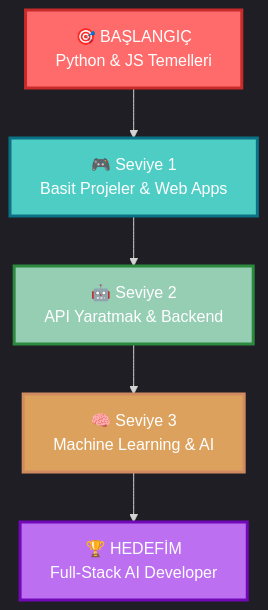
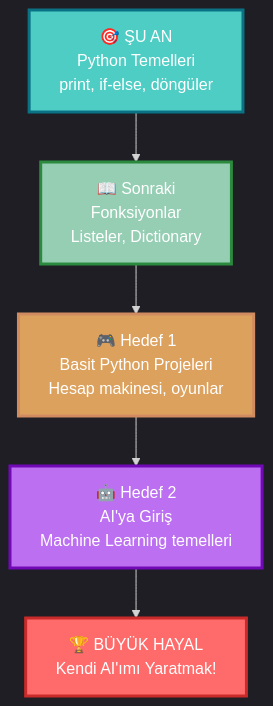
The diagram in README.md (Lukosadev1/Lukosadev1), drawn with Mermaid before and after one commit. The commit also changed other lines of this file, not shown here.

````diff
--- a/README.md
+++ b/README.md
@@ -129,14 +110,14 @@
 ```mermaid
 %%{init: {'theme':'dark'}}%%
 graph TB
-    A[🎯 BAŞLANGIÇ<br/>Python & JS Temelleri] --> B[🎮 Seviye 1<br/>Basit Projeler & Web Apps]
-    B --> C[🤖 Seviye 2<br/>API Yaratmak & Backend]
-    C --> D[🧠 Seviye 3<br/>Machine Learning & AI]
-    D --> E[🏆 HEDEFİM<br/>Full-Stack AI Developer]
+    A[🎯 ŞU AN<br/>Python Temelleri<br/>print, if-else, döngüler] --> B[📖 Sonraki<br/>Fonksiyonlar<br/>Listeler, Dictionary]
+    B --> C[🎮 Hedef 1<br/>Basit Python Projeleri<br/>Hesap makinesi, oyunlar]
+    C --> D[🤖 Hedef 2<br/>AI'ya Giriş<br/>Machine Learning temelleri]
+    D --> E[🏆 BÜYÜK HAYAL<br/>Kendi AI'ımı Yaratmak!]
     
-    style A fill:#FF6B6B,stroke:#C92A2A,stroke-width:3px,color:#fff
-    style B fill:#4ECDC4,stroke:#0B7285,stroke-width:3px,color:#fff
-    style C fill:#96CEB4,stroke:#2B8A3E,stroke-width:3px,color:#fff
-    style D fill:#DDA15E,stroke:#D08C60,stroke-width:3px,color:#fff
-    style E fill:#BC6FF1,stroke:#7209B7,stroke-width:3px,color:#fff
+    style A fill:#4ECDC4,stroke:#0B7285,stroke-width:3px,color:#fff
+    style B fill:#96CEB4,stroke:#2B8A3E,stroke-width:3px,color:#fff
+    style C fill:#DDA15E,stroke:#D08C60,stroke-width:3px,color:#fff
+    style D fill:#BC6FF1,stroke:#7209B7,stroke-width:3px,color:#fff
+    style E fill:#FF6B6B,stroke:#C92A2A,stroke-width:3px,color:#fff
 ```
````
